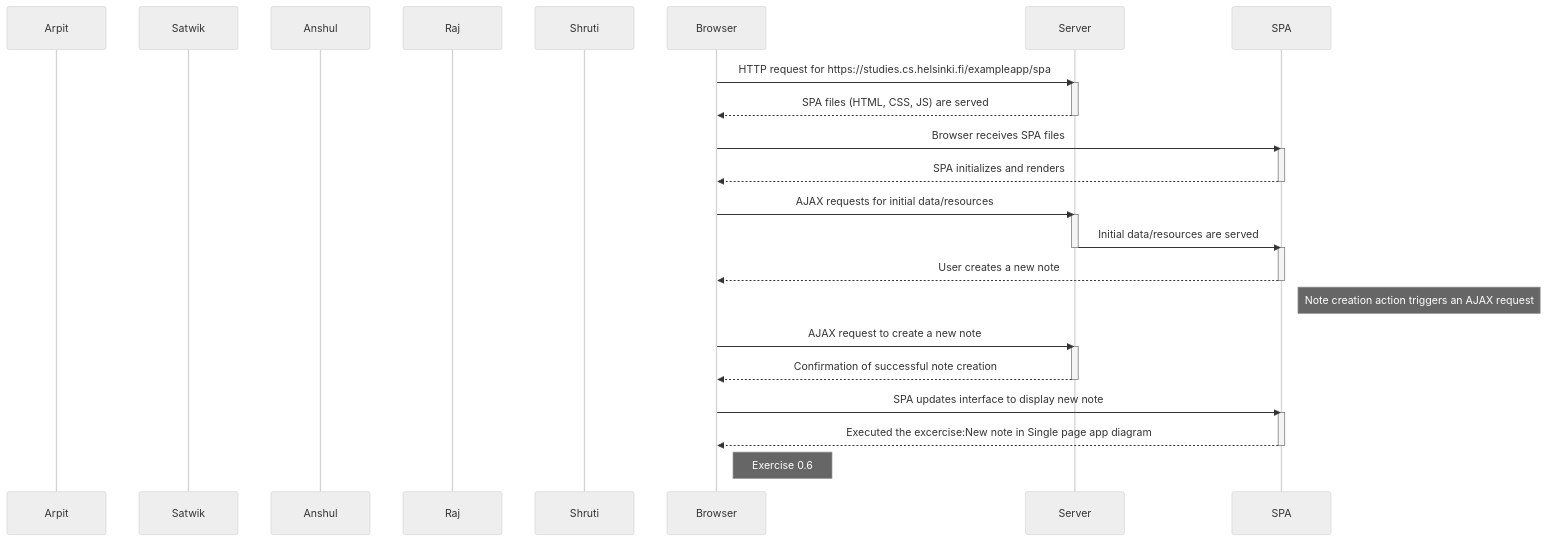
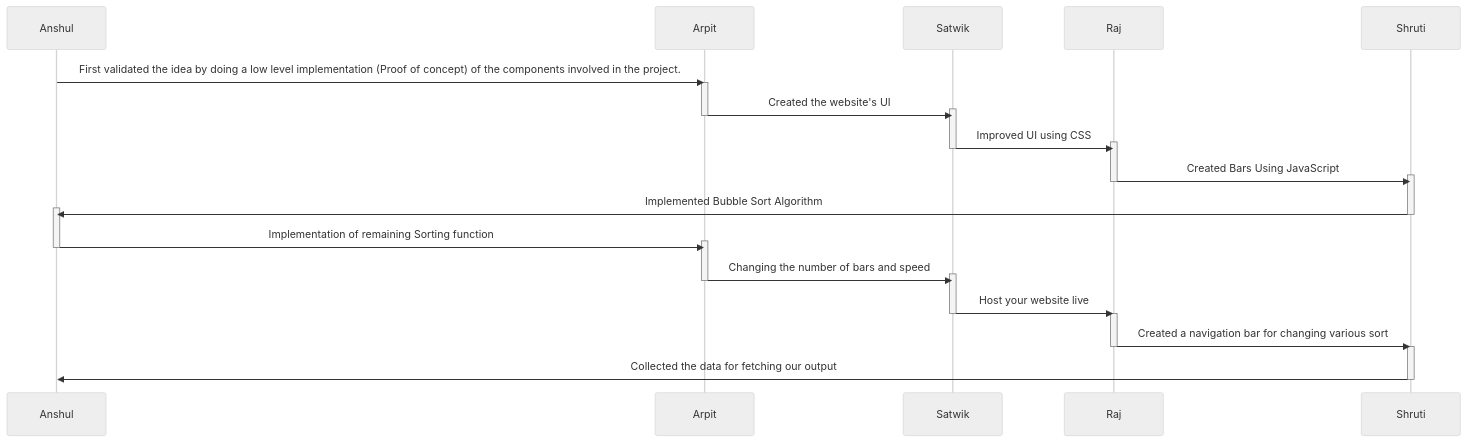
One commit to DevSLInternal/Sorting changed the diagram in README.md. Above: the diagram before and after it, drawn with Mermaid (neutral theme).

````diff
--- a/README.md
+++ b/README.md
@@ -5,44 +5,46 @@
 ```mermaid
 sequenceDiagram
+    participant Anshul
     participant Arpit
     participant Satwik
-    participant Anshul
     participant Raj
     participant Shruti
 
-    Browser->>Server: HTTP request for https://studies.cs.helsinki.fi/exampleapp/spa
-    activate Server
+    Anshul->>Arpit:First validated the idea by doing a low level implementation (Proof of concept) of the components involved in the project.
+    activate Arpit
     
-    Server-->>Browser: SPA files (HTML, CSS, JS) are served
-    deactivate Server
+    Arpit->>Satwik:Created the website's UI
+    activate Satwik
+    deactivate Arpit
     
-    Browser->>SPA: Browser receives SPA files
-    activate SPA
+    Satwik->>Raj:Improved UI using CSS
+    activate Raj
+    deactivate Satwik
     
-    SPA-->>Browser: SPA initializes and renders
-    deactivate SPA
+    Raj->>Shruti:Created Bars Using JavaScript
+    activate Shruti
+    deactivate Raj
     
-    Browser->>Server: AJAX requests for initial data/resources
-    activate Server
+    Shruti->>Anshul:Implemented Bubble Sort Algorithm
+    activate Anshul
+    deactivate Shruti
     
-    Server->>SPA: Initial data/resources are served
-    deactivate Server
-    activate SPA
+    Anshul->>Arpit:Implementation of remaining Sorting function
+    activate Arpit
+    deactivate Anshul
     
-    SPA-->>Browser: User creates a new note
-    deactivate SPA
-    Note right of SPA: Note creation action triggers an AJAX request
+    Arpit->>Satwik:Changing the number of bars and speed
+    activate Satwik
+    deactivate Arpit
     
-    Browser->>Server: AJAX request to create a new note
-    activate Server
+    Satwik->>Raj: Host your website live
+    deactivate Satwik
+    activate Raj
     
-    Server-->>Browser: Confirmation of successful note creation
-    deactivate Server
+    Raj->>Shruti: Created a navigation bar for changing various sort
+    deactivate Raj 
+    activate Shruti
     
-    Browser->>SPA: SPA updates interface to display new note
-    activate SPA
-    
-    SPA-->>Browser: Executed the excercise:New note in Single page app diagram
-    deactivate SPA
-    Note right of Browser: Exercise 0.6
+    Shruti->>Anshul:Collected the data for fetching our output
+    deactivate Shruti
 ```
````
